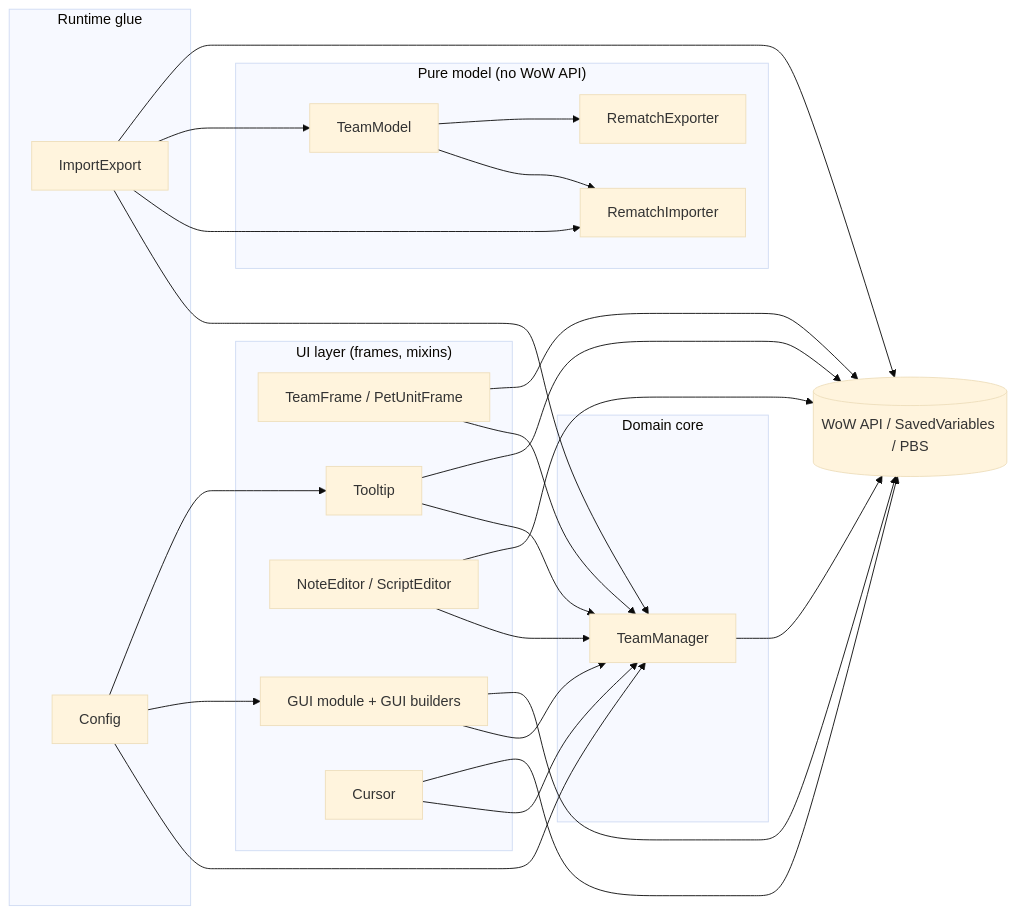
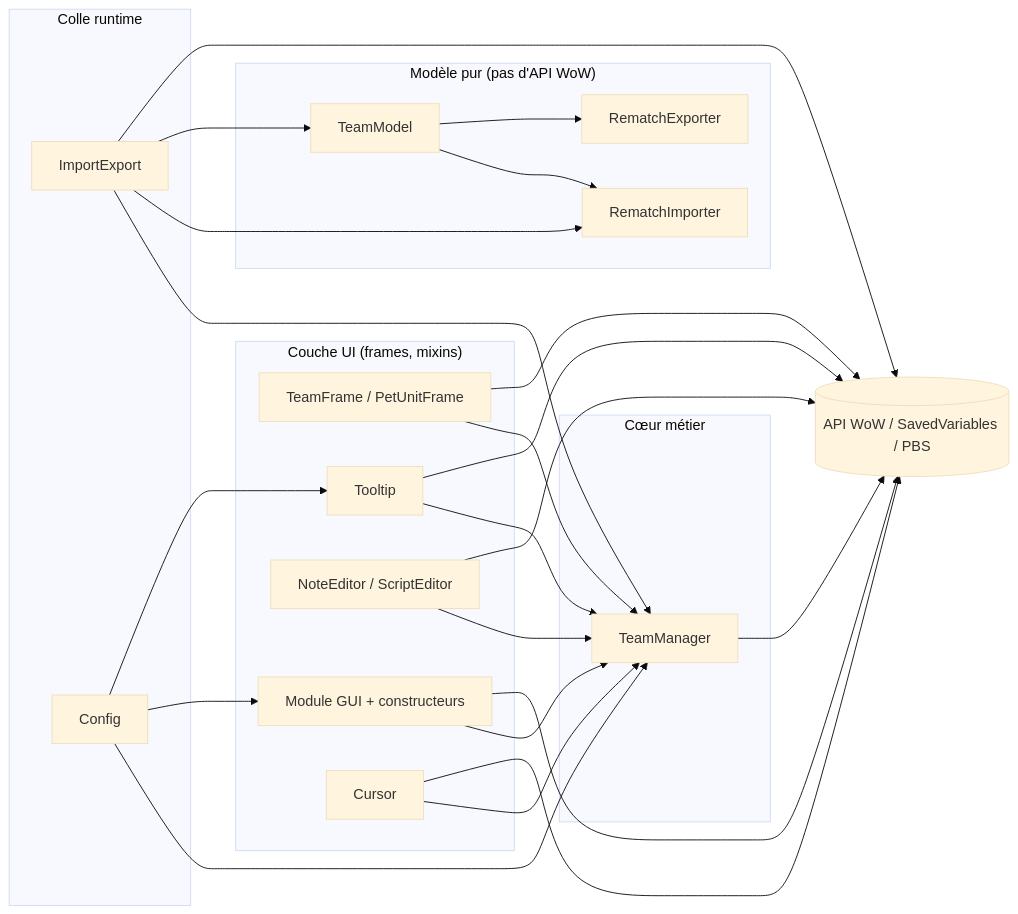
Before and after one commit to KaspOu/KPetBattle-Teams: the first of 4 diagrams in docs/ARCHITECTURE.md, drawn with Mermaid (base theme). The commit also changed other lines of this file and 2 other files, not shown here.

First line of the commit message:
docs: traduire AGENTS.md et docs/ARCHITECTURE.md en français

````diff
--- a/docs/ARCHITECTURE.md
+++ b/docs/ARCHITECTURE.md
@@ -157,43 +168,43 @@
 ```mermaid
 graph LR
-  subgraph UI["UI layer (frames, mixins)"]
+  subgraph UI["Couche UI (frames, mixins)"]
     TF[TeamFrame / PetUnitFrame]
-    GU[GUI module + GUI builders]
+    GU[Module GUI + constructeurs]
     NE[NoteEditor / ScriptEditor]
     TT[Tooltip]
     CB[Cursor]
   end
-  subgraph Runtime["Runtime glue"]
+  subgraph Runtime["Colle runtime"]
     IE[ImportExport]
     CF[Config]
   end
-  subgraph Core["Domain core"]
+  subgraph Core["Cœur métier"]
     TM[TeamManager]
   end
-  subgraph Model["Pure model (no WoW API)"]
+  subgraph Model["Modèle pur (pas d'API WoW)"]
     RI[RematchImporter]
     RE[RematchExporter]
     MD[TeamModel]
   end
-  W[(WoW API / SavedVariables / PBS)]
+  W[(API WoW / SavedVariables / PBS)]
   TF --> TM
   GU --> TM
   NE --> TM
   TT --> TM
   CB --> TM
   IE --> TM
   IE --> RI
   IE --> MD
   CF --> TM
   CF --> GU
   CF --> TT
   MD --> RI
   MD --> RE
   TM --> W
   TF --> W
   GU --> W
   NE --> W
   TT --> W
   CB --> W
   IE --> W
 ```
````
